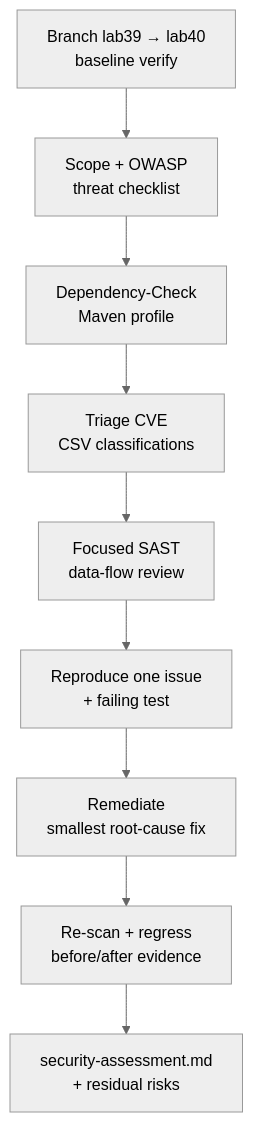
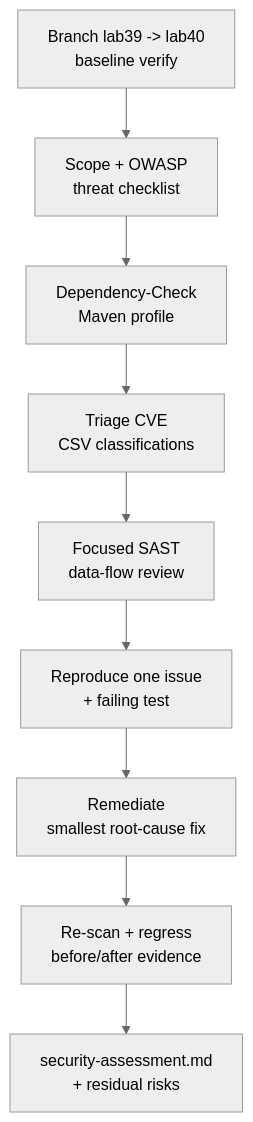
Before and after one commit to pupilliluke/bc-sw-engineer-java-participant: the second of 2 diagrams in labs/Week 5 - DevOps, CI-CD and OpenShift/module-40/lab40/LAB-40-GUIDE.md, drawn with Mermaid (neutral theme). The commit also changed other lines of this file and 55 other files, not shown here.

Commit message:
Stop publishing local screenshots; harden Mermaid for GitHub; sync only tracked lab files.

````diff
--- a/labs/Week 5 - DevOps, CI-CD and OpenShift/module-40/lab40/LAB-40-GUIDE.md
+++ b/labs/Week 5 - DevOps, CI-CD and OpenShift/module-40/lab40/LAB-40-GUIDE.md
@@ -97,11 +97,11 @@
 ```mermaid
 flowchart TD
-    A["Branch lab39 → lab40<br/>baseline verify"] --> B["Scope + OWASP<br/>threat checklist"]
+    A["Branch lab39 -> lab40<br/>baseline verify"] --> B["Scope + OWASP<br/>threat checklist"]
     B --> C["Dependency-Check<br/>Maven profile"]
     C --> D["Triage CVE<br/>CSV classifications"]
     D --> E["Focused SAST<br/>data-flow review"]
     E --> F["Reproduce one issue<br/>+ failing test"]
     F --> G["Remediate<br/>smallest root-cause fix"]
     G --> H["Re-scan + regress<br/>before/after evidence"]
     H --> I["security-assessment.md<br/>+ residual risks"]
 ```
````
